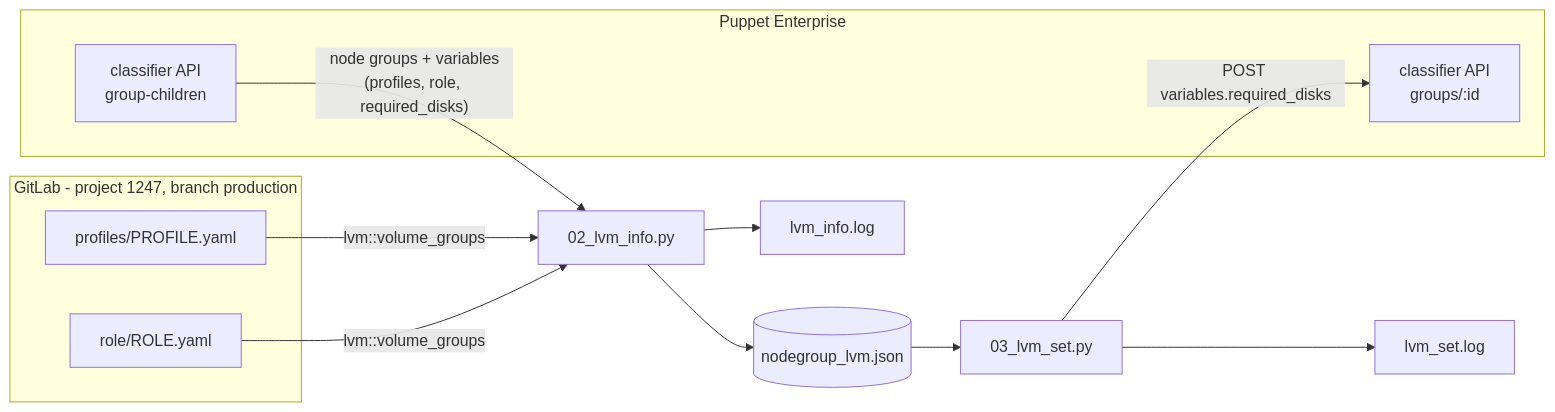
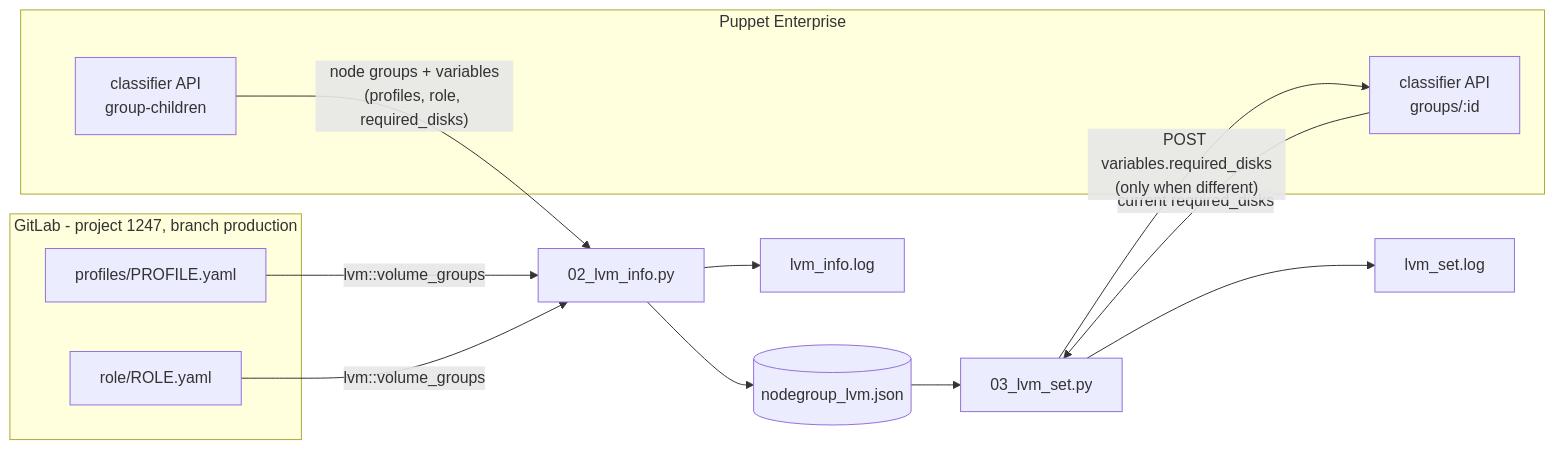
Before and after one commit to hork71/diskparse: the first of 2 diagrams in README.md, drawn with Mermaid. The commit also changed other lines of this file and 1 other file, not shown here.

````diff
--- a/README.md
+++ b/README.md
@@ -58,20 +60,21 @@
 ```mermaid
 flowchart LR
     subgraph puppet [Puppet Enterprise]
         GC[classifier API<br/>group-children]
         G["classifier API<br/>groups/:id"]
     end
     subgraph gitlab [GitLab - project 1247, branch production]
         P["profiles/PROFILE.yaml"]
         R["role/ROLE.yaml"]
     end
 
     GC -- "node groups + variables<br/>(profiles, role, required_disks)" --> A[02_lvm_info.py]
     P -- "lvm::volume_groups" --> A
     R -- "lvm::volume_groups" --> A
     A --> J[(nodegroup_lvm.json)]
     A --> L1[lvm_info.log]
     J --> B[03_lvm_set.py]
-    B -- "POST variables.required_disks" --> G
+    G -- "current required_disks" --> B
+    B -- "POST variables.required_disks<br/>(only when different)" --> G
     B --> L2[lvm_set.log]
 ```
````
